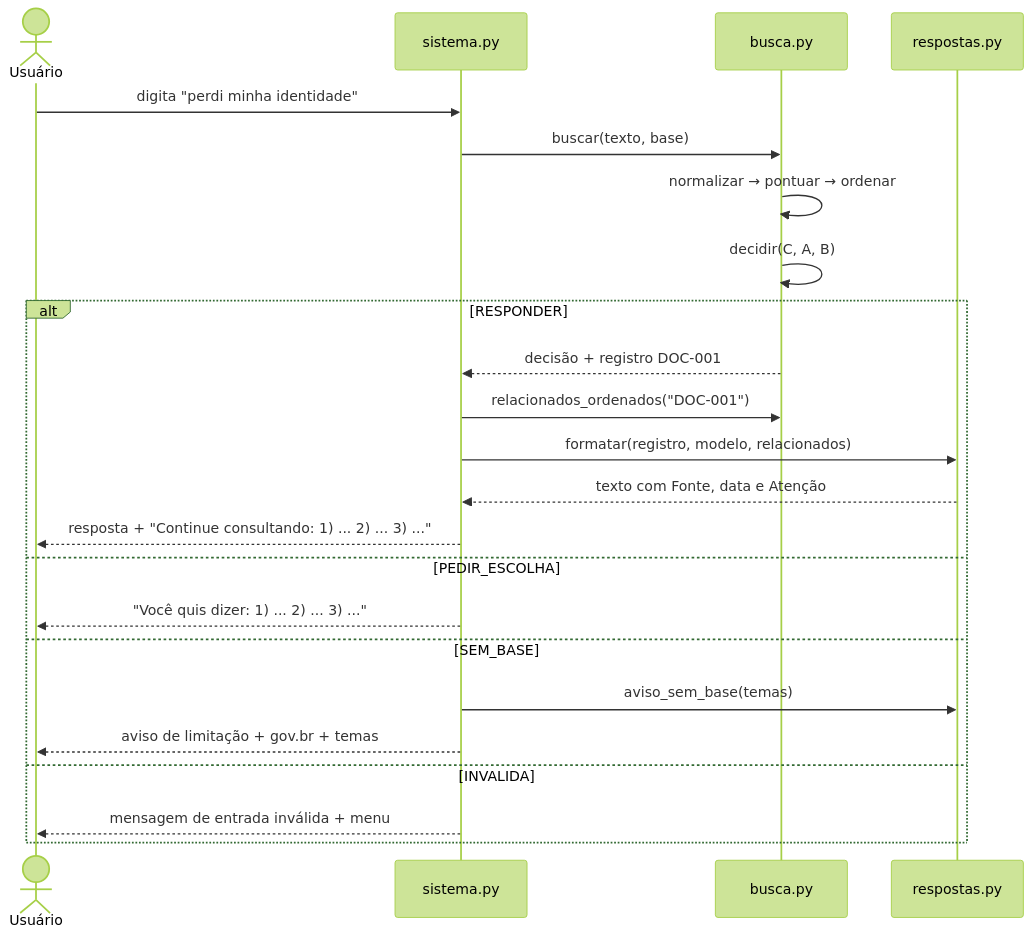
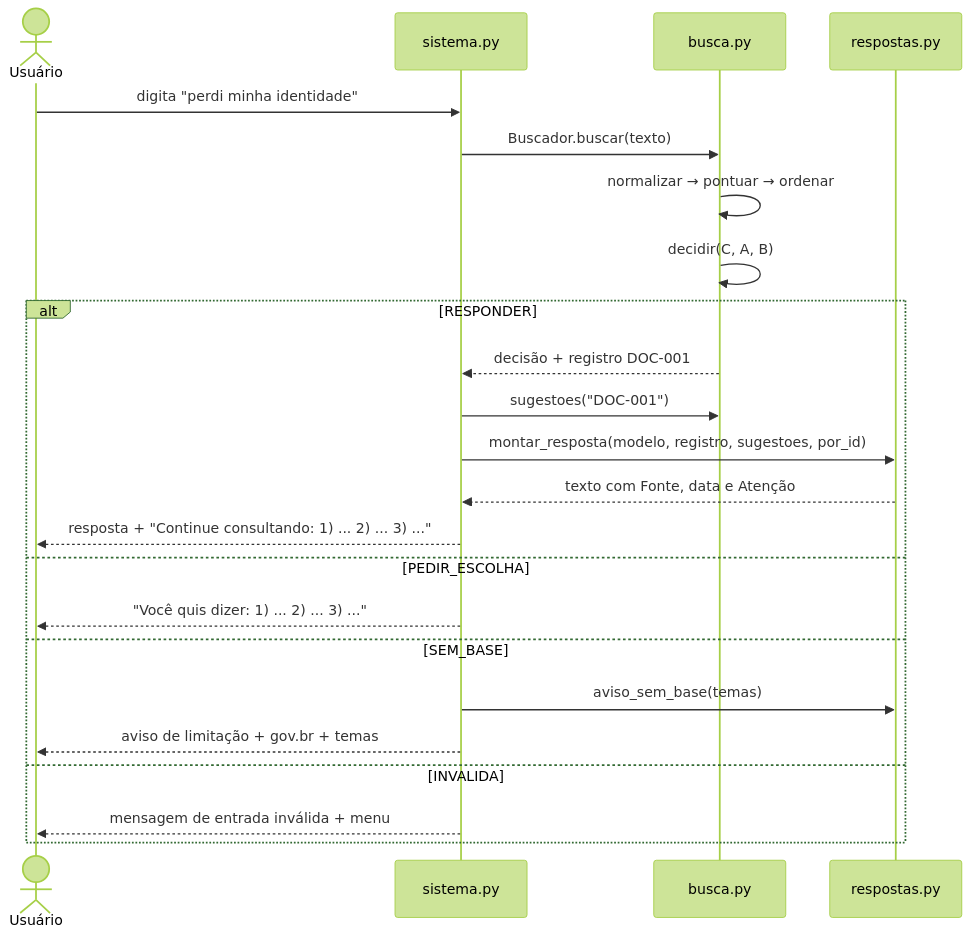
One commit to JFrois/GlobalSolution_CitizenTech changed the eighth of 15 diagrams in docs/arquitetura.md. Above: the diagram before and after it, drawn with Mermaid (forest theme). The commit also changed other lines of this file and 7 other files, not shown here.

````diff
--- a/docs/arquitetura.md
+++ b/docs/arquitetura.md
@@ -303,26 +303,26 @@
 ```mermaid
 sequenceDiagram
     actor U as Usuário
     participant S as sistema.py
     participant B as busca.py
     participant R as respostas.py
 
     U->>S: digita "perdi minha identidade"
-    S->>B: buscar(texto, base)
+    S->>B: Buscador.buscar(texto)
     B->>B: normalizar → pontuar → ordenar
     B->>B: decidir(C, A, B)
     alt RESPONDER
         B-->>S: decisão + registro DOC-001
-        S->>B: relacionados_ordenados("DOC-001")
-        S->>R: formatar(registro, modelo, relacionados)
+        S->>B: sugestoes("DOC-001")
+        S->>R: montar_resposta(modelo, registro, sugestoes, por_id)
         R-->>S: texto com Fonte, data e Atenção
         S-->>U: resposta + "Continue consultando: 1) ... 2) ... 3) ..."
     else PEDIR_ESCOLHA
         S-->>U: "Você quis dizer: 1) ... 2) ... 3) ..."
     else SEM_BASE
         S->>R: aviso_sem_base(temas)
         S-->>U: aviso de limitação + gov.br + temas
     else INVALIDA
         S-->>U: mensagem de entrada inválida + menu
     end
 ```
````
